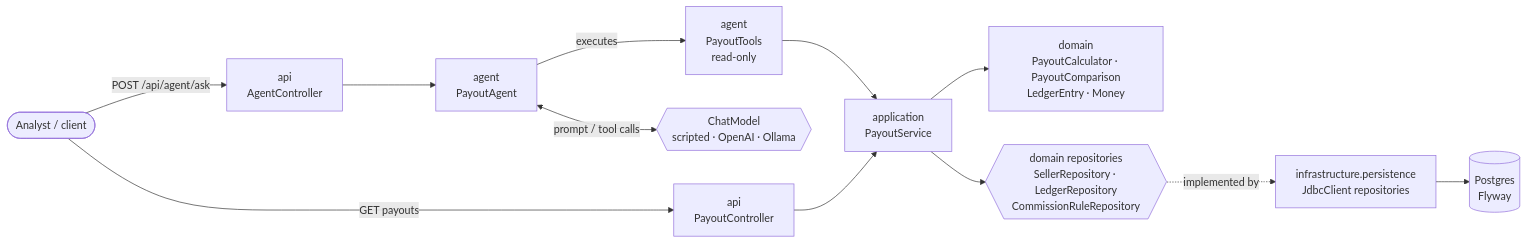
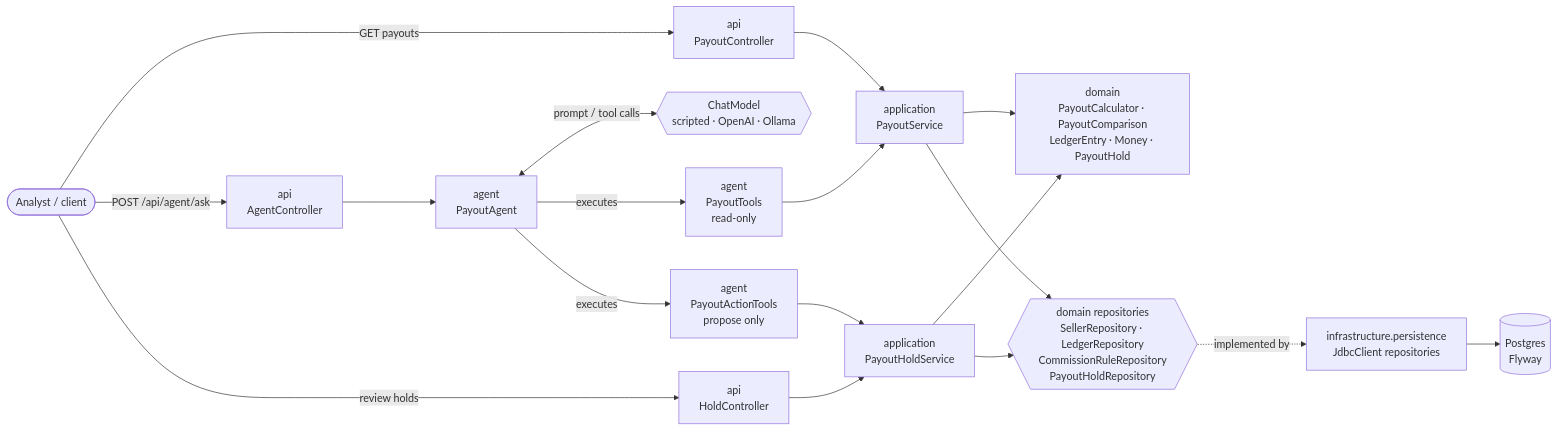
The first of 3 diagrams in README.md (brunostsilva/payout-ops-agent), drawn with Mermaid before and after one commit. The commit also changed other lines of this file and 23 other files, not shown here.

First line of the commit message:
feat: human-in-the-loop payout holds proposed by the agent (#7)

````diff
--- a/README.md
+++ b/README.md
@@ -61,14 +67,20 @@
 ```mermaid
 flowchart LR
     Client([Analyst / client]) -->|GET payouts| API[api<br/>PayoutController]
     Client -->|POST /api/agent/ask| AgentAPI[api<br/>AgentController]
     AgentAPI --> Agent[agent<br/>PayoutAgent]
     Agent <-->|prompt / tool calls| LLM{{ChatModel<br/>scripted · OpenAI · Ollama}}
     Agent -->|executes| Tools[agent<br/>PayoutTools<br/>read-only]
+    Agent -->|executes| Actions[agent<br/>PayoutActionTools<br/>propose only]
+    Client -->|review holds| HoldAPI[api<br/>HoldController]
     Tools --> App
+    Actions --> Holds[application<br/>PayoutHoldService]
+    HoldAPI --> Holds
+    Holds --> Domain
+    Holds --> Ports
     API --> App[application<br/>PayoutService]
-    App --> Domain[domain<br/>PayoutCalculator · PayoutComparison<br/>LedgerEntry · Money]
-    App --> Ports{{domain repositories<br/>SellerRepository · LedgerRepository<br/>CommissionRuleRepository}}
+    App --> Domain[domain<br/>PayoutCalculator · PayoutComparison<br/>LedgerEntry · Money · PayoutHold]
+    App --> Ports{{domain repositories<br/>SellerRepository · LedgerRepository<br/>CommissionRuleRepository<br/>PayoutHoldRepository}}
     Ports -.implemented by.-> Infra[infrastructure.persistence<br/>JdbcClient repositories]
     Infra --> DB[(Postgres<br/>Flyway)]
 ```
````
